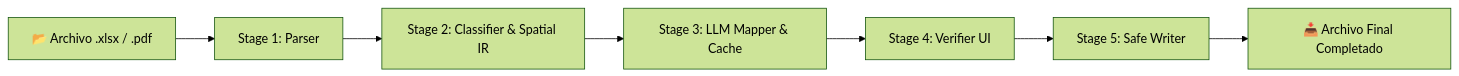
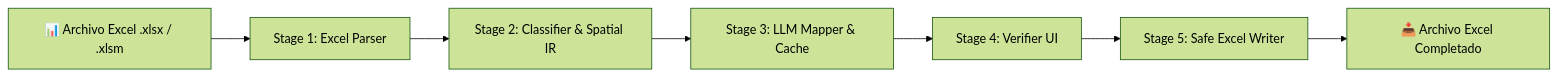
One commit to pablo2240/AutoForm-IAC changed the diagram in README.md. Above: the diagram before and after it, drawn with Mermaid (forest theme). The commit also changed other lines of this file and 1 other file, not shown here.

Commit message:
docs: actualizar README a motor exclusivo Excel, incluir nuevo logo oficial y actualizar stack

````diff
--- a/README.md
+++ b/README.md
@@ -50,9 +47,9 @@
 ```mermaid
 flowchart LR
-    A[📂 Archivo .xlsx / .pdf] --> S1[Stage 1: Parser]
+    A[📊 Archivo Excel .xlsx / .xlsm] --> S1[Stage 1: Excel Parser]
     S1 --> S2[Stage 2: Classifier & Spatial IR]
     S2 --> S3[Stage 3: LLM Mapper & Cache]
     S3 --> S4[Stage 4: Verifier UI]
-    S4 --> S5[Stage 5: Safe Writer]
-    S5 --> B[📥 Archivo Final Completado]
+    S4 --> S5[Stage 5: Safe Excel Writer]
+    S5 --> B[📥 Archivo Excel Completado]
 ```
````
